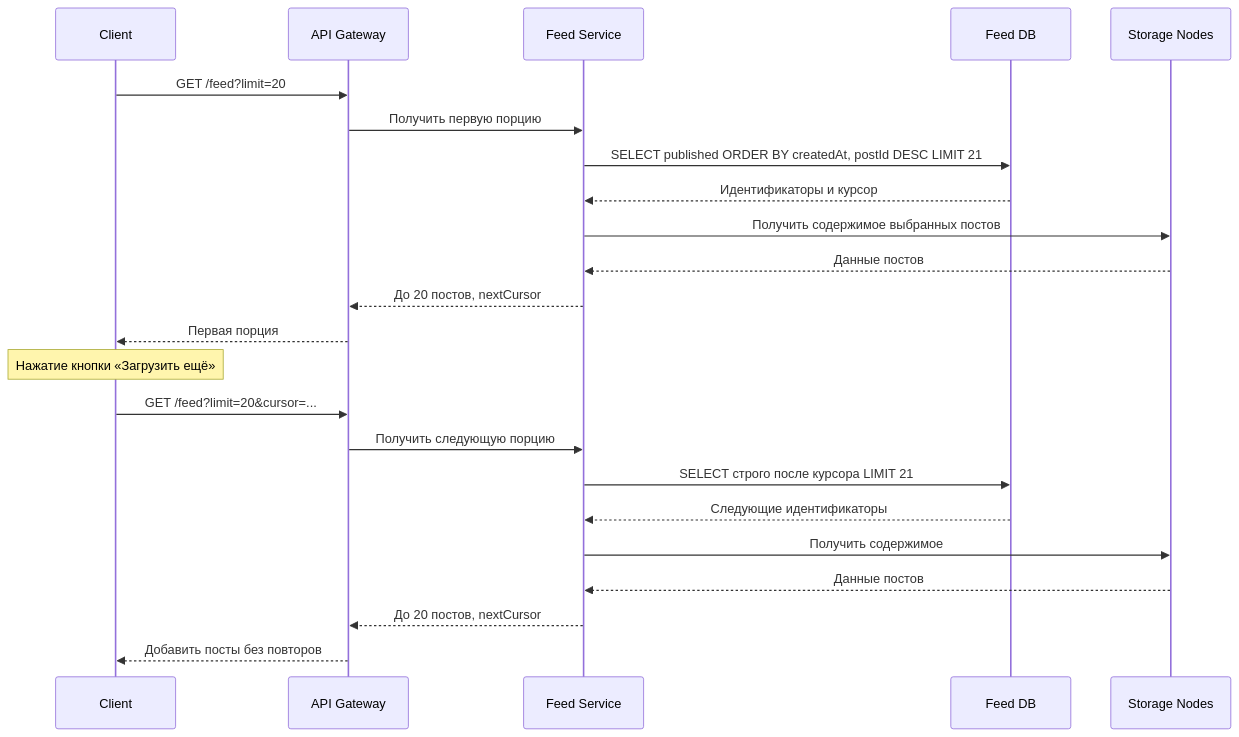
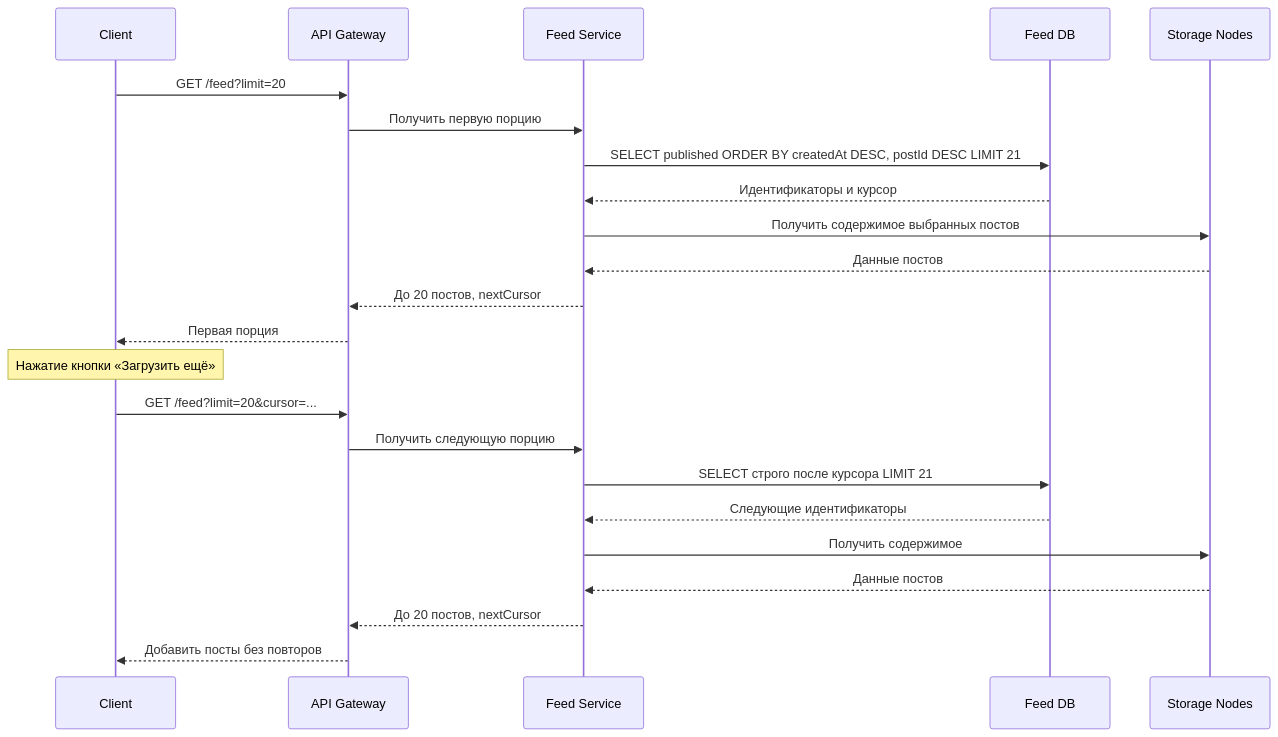
One commit to spbu-ds-practicum-2026/brigada changed the third of 8 diagrams in docs/tr.md. Above: the diagram before and after it, drawn with Mermaid.

Commit message:
Уточнён порядок сортировки ленты на диаграмме

````diff
--- a/docs/tr.md
+++ b/docs/tr.md
@@ -482,28 +482,28 @@
 ```mermaid
 sequenceDiagram
     participant Client
     participant Gateway as API Gateway
     participant Feed as Feed Service
     participant DB as Feed DB
     participant Node as Storage Nodes
 
     Client->>Gateway: GET /feed?limit=20
     Gateway->>Feed: Получить первую порцию
-    Feed->>DB: SELECT published ORDER BY createdAt, postId DESC LIMIT 21
+    Feed->>DB: SELECT published ORDER BY createdAt DESC, postId DESC LIMIT 21
     DB-->>Feed: Идентификаторы и курсор
     Feed->>Node: Получить содержимое выбранных постов
     Node-->>Feed: Данные постов
     Feed-->>Gateway: До 20 постов, nextCursor
     Gateway-->>Client: Первая порция
 
     Note over Client: Нажатие кнопки «Загрузить ещё»
 
     Client->>Gateway: GET /feed?limit=20&cursor=...
     Gateway->>Feed: Получить следующую порцию
     Feed->>DB: SELECT строго после курсора LIMIT 21
     DB-->>Feed: Следующие идентификаторы
     Feed->>Node: Получить содержимое
     Node-->>Feed: Данные постов
     Feed-->>Gateway: До 20 постов, nextCursor
     Gateway-->>Client: Добавить посты без повторов
 ```
````
